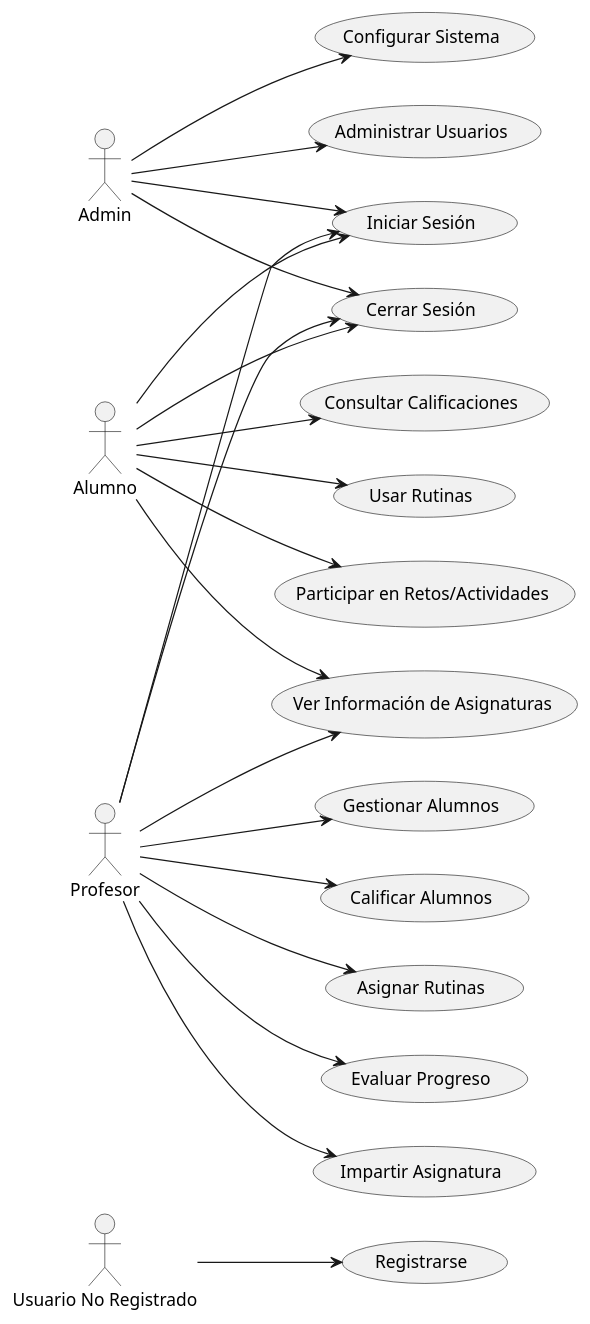
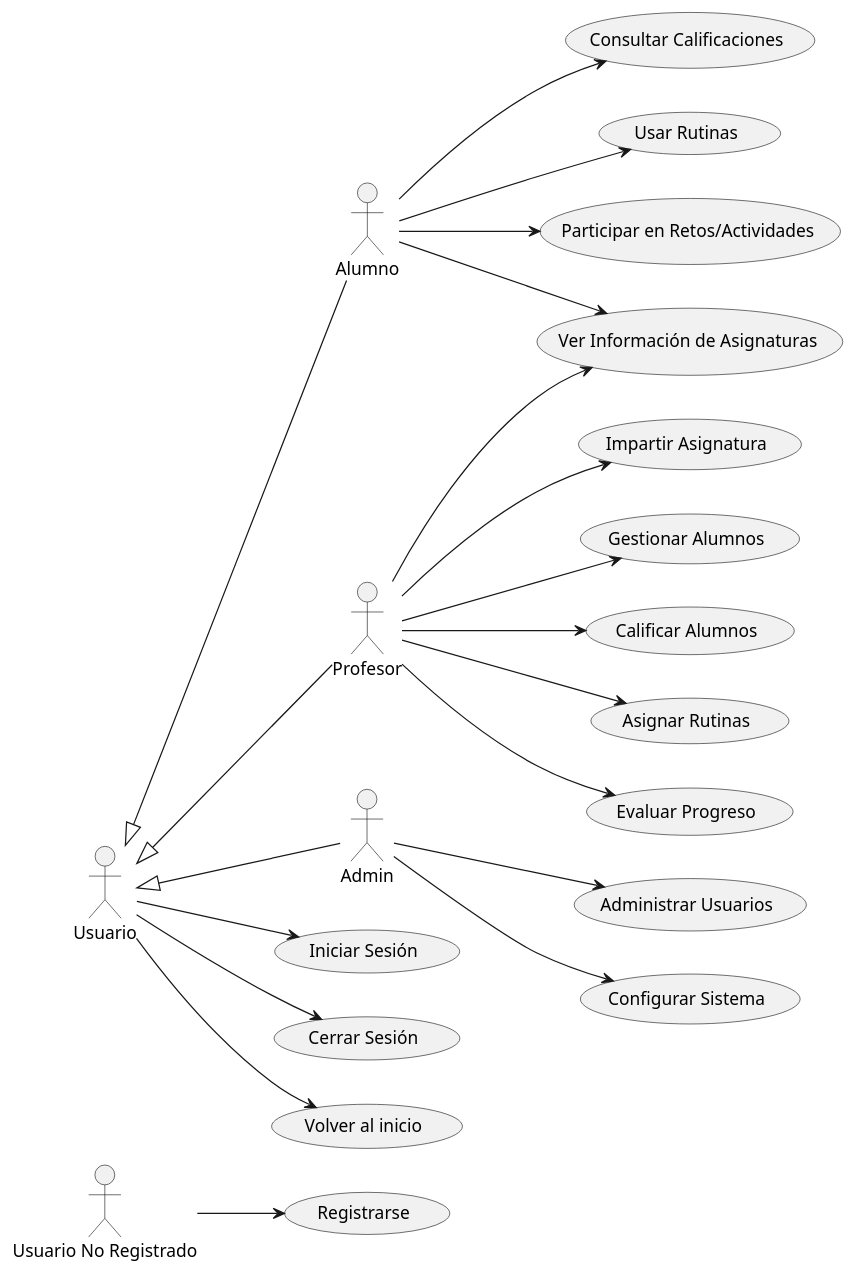
One commit to mmasias/24-25-IdSw1-SDR changed the diagram in Documentos/CasosUso/CasosUso.puml. Above: the diagram before and after it, drawn with PlantUML.

Commit message:
Cambio en casos de uso

```diff
--- a/Documentos/CasosUso/CasosUso.puml
+++ b/Documentos/CasosUso/CasosUso.puml
@@ -1,52 +1,55 @@
 @startuml
-
 left to right direction
 
 actor "Usuario No Registrado" as UsuarioNoRegistrado
+actor Usuario
+actor Alumno
 actor Profesor
-actor Alumno
 actor Admin
+
+Usuario <|-- Alumno
+Usuario <|-- Profesor
+Usuario <|-- Admin
 
 usecase "Registrarse" as UC_Registrarse
 usecase "Iniciar Sesión" as UC_IniciarSesion
 usecase "Cerrar Sesión" as UC_CerrarSesion
 usecase "Ver Información de Asignaturas" as UC_VerInfoAsignaturas
 usecase "Consultar Calificaciones" as UC_ConsultarCalificaciones
 usecase "Impartir Asignatura" as UC_ImpartirAsignatura
 usecase "Gestionar Alumnos" as UC_GestionarAlumnos
 usecase "Administrar Usuarios" as UC_AdministrarUsuarios
 usecase "Configurar Sistema" as UC_ConfigurarSistema
+usecase "Volver al inicio" as UC_VolverInicio
 
 ' Casos de uso adicionales para Profesores
 usecase "Calificar Alumnos" as UC_CalificarAlumnos
 usecase "Asignar Rutinas" as UC_AsignarRutinas
 usecase "Evaluar Progreso" as UC_EvaluarProgreso
 
 ' Casos de uso adicionales para Alumnos
 usecase "Usar Rutinas" as UC_UsarRutinas
 usecase "Participar en Retos/Actividades" as UC_ParticiparRetos
 
 UsuarioNoRegistrado --> UC_Registrarse
 
-Alumno --> UC_IniciarSesion
-Alumno --> UC_CerrarSesion
+Usuario --> UC_IniciarSesion
+Usuario --> UC_CerrarSesion
+Usuario --> UC_VolverInicio
+
 Alumno --> UC_VerInfoAsignaturas
 Alumno --> UC_ConsultarCalificaciones
 Alumno --> UC_UsarRutinas
 Alumno --> UC_ParticiparRetos
 
-Profesor --> UC_IniciarSesion
-Profesor --> UC_CerrarSesion
 Profesor --> UC_VerInfoAsignaturas
 Profesor --> UC_ImpartirAsignatura
 Profesor --> UC_GestionarAlumnos
 Profesor --> UC_CalificarAlumnos
 Profesor --> UC_AsignarRutinas
 Profesor --> UC_EvaluarProgreso
 
-Admin --> UC_IniciarSesion
-Admin --> UC_CerrarSesion
 Admin --> UC_AdministrarUsuarios
 Admin --> UC_ConfigurarSistema
 
 @enduml
```
